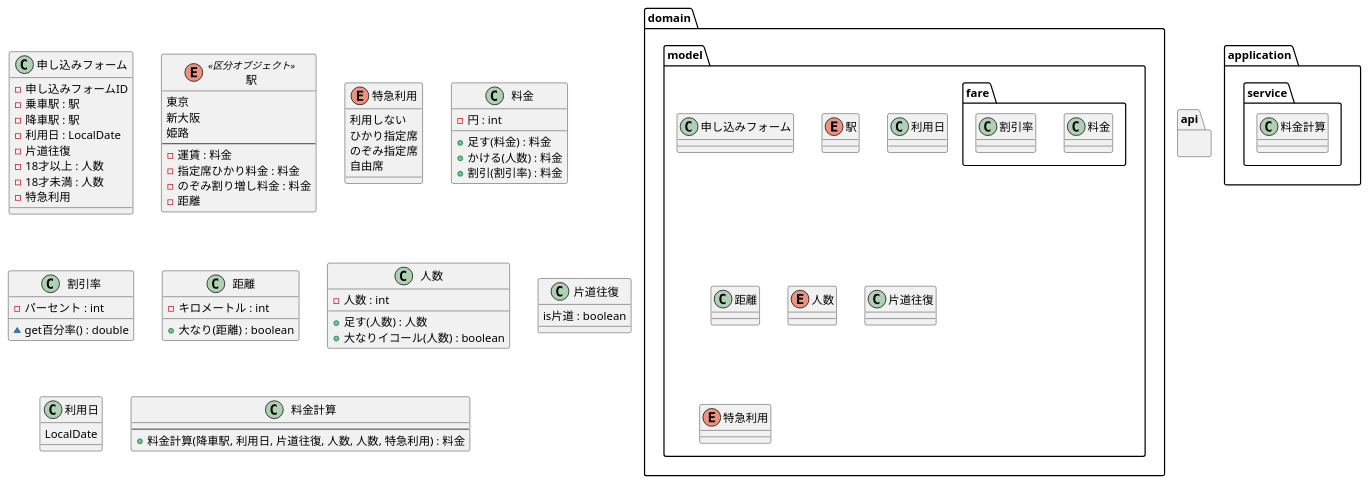
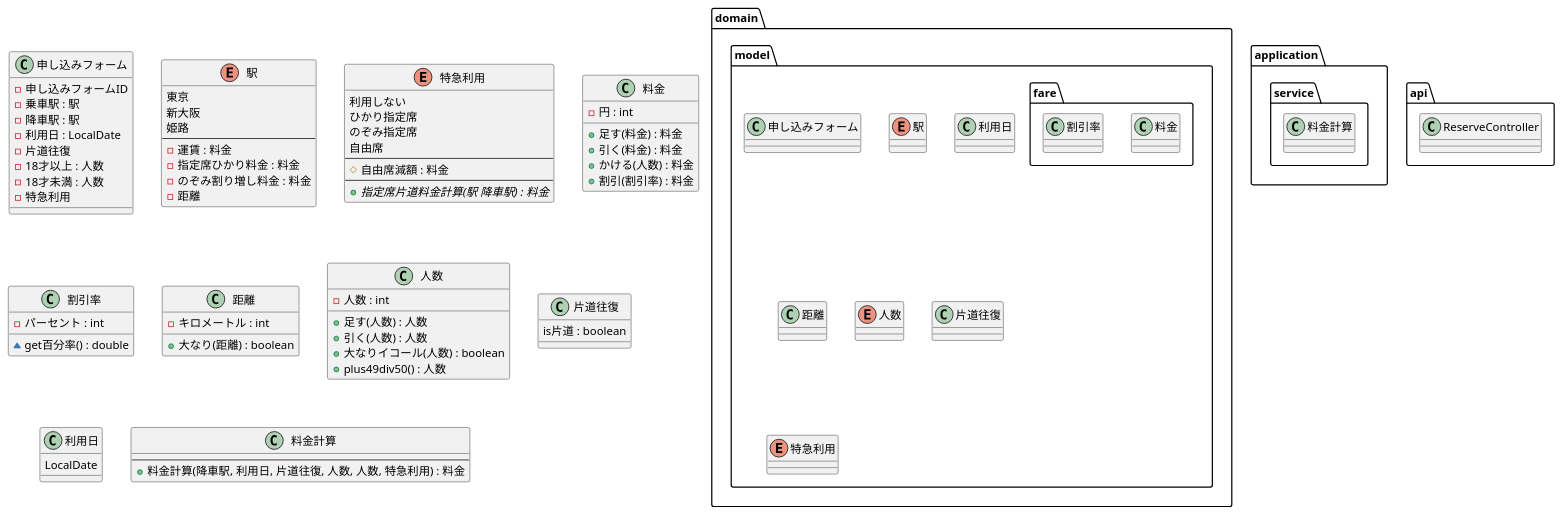
Before and after one commit to MiuraKotaro/jr-pricing: the diagram in uml/class.puml, drawn with PlantUML. The commit also changed 3 other files, not shown here.

```diff
--- a/uml/class.puml
+++ b/uml/class.puml
@@ -1,93 +1,101 @@
 @startuml
 
 package domain {
     package model {
 
         class 申し込みフォーム
         enum 駅
         package fare {
             class 料金
             class 割引率
         }
         class 利用日
         class 距離
         enum 人数
         class 片道往復
         enum 特急利用
     }
 
 }
 
 package application {
     package service {
         class 料金計算
     }
 }
 
 package api {
+    class ReserveController
 }
 
 class 申し込みフォーム {
     - 申し込みフォームID
     - 乗車駅 : 駅
     - 降車駅 : 駅
     - 利用日 : LocalDate
     - 片道往復
     - 18才以上 : 人数
     - 18才未満 : 人数
     - 特急利用
 
 
 }
-enum 駅 <<区分オブジェクト>> {
+enum 駅 {
     東京
     新大阪
     姫路
     --
     - 運賃 : 料金
     - 指定席ひかり料金 : 料金
     - のぞみ割り増し料金 : 料金
     - 距離
 }
 enum 特急利用 {
     利用しない
     ひかり指定席
     のぞみ指定席
     自由席
+    --
+    # 自由席減額 : 料金
+    --
+    + {abstract} 指定席片道料金計算(駅 降車駅) : 料金
 }
 class 料金 {
     - 円 : int
 
     + 足す(料金) : 料金
+    + 引く(料金) : 料金
     + かける(人数) : 料金
     + 割引(割引率) : 料金
 }
 class 割引率 {
     - パーセント : int
 
     ~ get百分率() : double
 }
 class 距離 {
     - キロメートル : int
 
     + 大なり(距離) : boolean
 }
 class 人数 {
     - 人数 : int
 
     + 足す(人数) : 人数
+    + 引く(人数) : 人数
     + 大なりイコール(人数) : boolean
+    + plus49div50() : 人数
 }
 class 片道往復 {
     is片道 : boolean
 }
 class 利用日 {
     LocalDate
 }
 
 class 料金計算 {
     --
     + 料金計算(降車駅, 利用日, 片道往復, 人数, 人数, 特急利用) : 料金
 }
 
 @enduml
```
